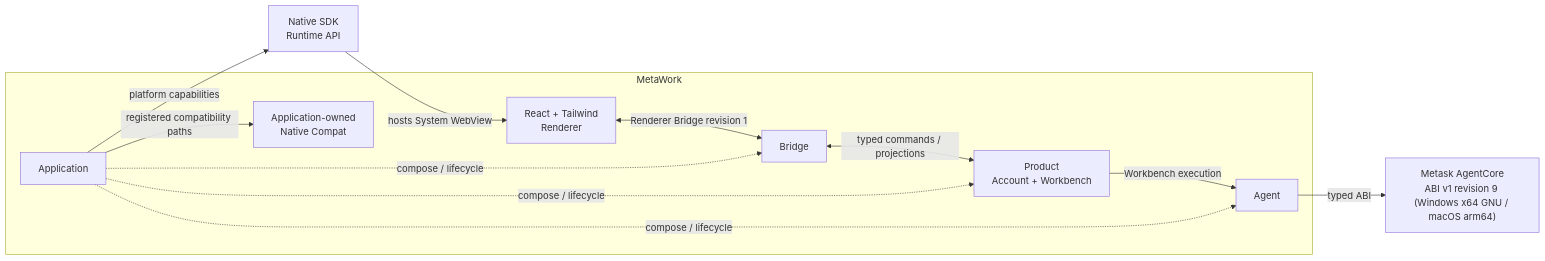
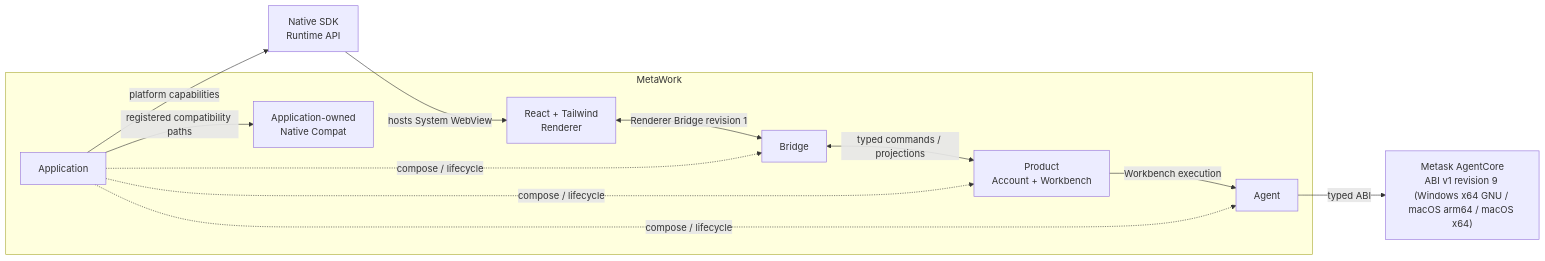
The diagram in README.md (metask-ai/metawork), drawn with Mermaid before and after one commit. The commit also changed other lines of this file and 6 other files, not shown here.

Commit message:
feat(package): build both macOS architectures by default

````diff
--- a/README.md
+++ b/README.md
@@ -7,26 +7,26 @@
 ```mermaid
 flowchart LR
     subgraph METAWORK["MetaWork"]
         RENDERER["React + Tailwind<br/>Renderer"]
         BRIDGE["Bridge"]
         PRODUCT["Product<br/>Account + Workbench"]
         AGENT["Agent"]
         APPLICATION["Application"]
         NATIVE_COMPAT["Application-owned<br/>Native Compat"]
 
         RENDERER <-->|"Renderer Bridge revision 1"| BRIDGE
         BRIDGE <-->|"typed commands / projections"| PRODUCT
         PRODUCT -->|"Workbench execution"| AGENT
 
         APPLICATION -. "compose / lifecycle" .-> BRIDGE
         APPLICATION -. "compose / lifecycle" .-> PRODUCT
         APPLICATION -. "compose / lifecycle" .-> AGENT
         APPLICATION -->|"registered compatibility paths"| NATIVE_COMPAT
     end
 
-    AGENTCORE["Metask AgentCore<br/>ABI v1 revision 9 (Windows x64 GNU / macOS arm64)"]
+    AGENTCORE["Metask AgentCore<br/>ABI v1 revision 9 (Windows x64 GNU / macOS arm64 / macOS x64)"]
     NATIVE_RUNTIME["Native SDK<br/>Runtime API"]
     AGENT -->|"typed ABI"| AGENTCORE
     APPLICATION -->|"platform capabilities"| NATIVE_RUNTIME
     NATIVE_RUNTIME -->|"hosts System WebView"| RENDERER
 ```
````
